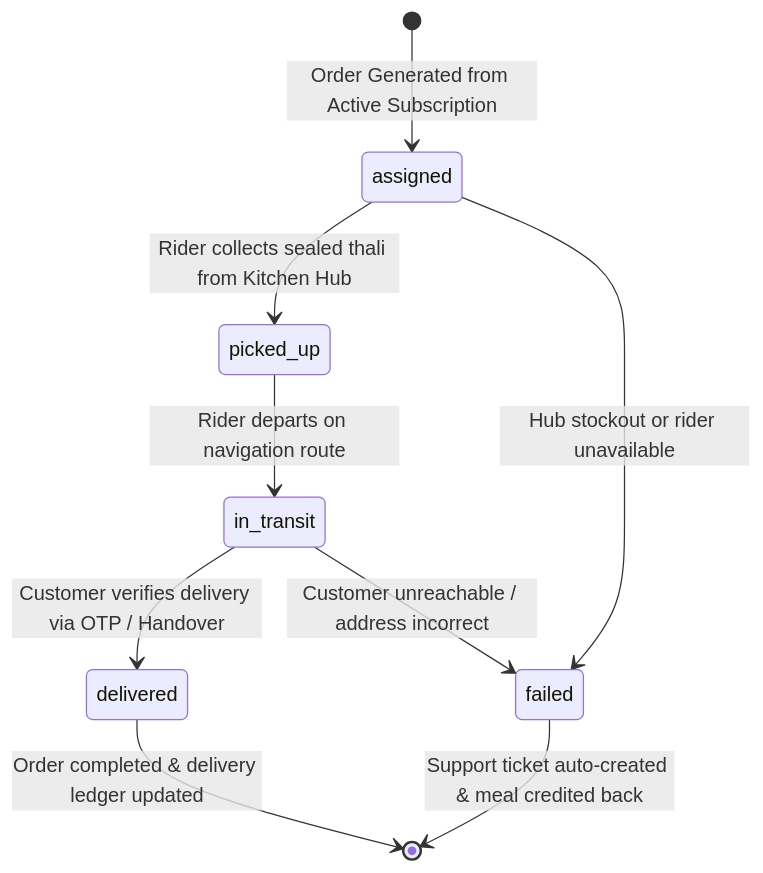
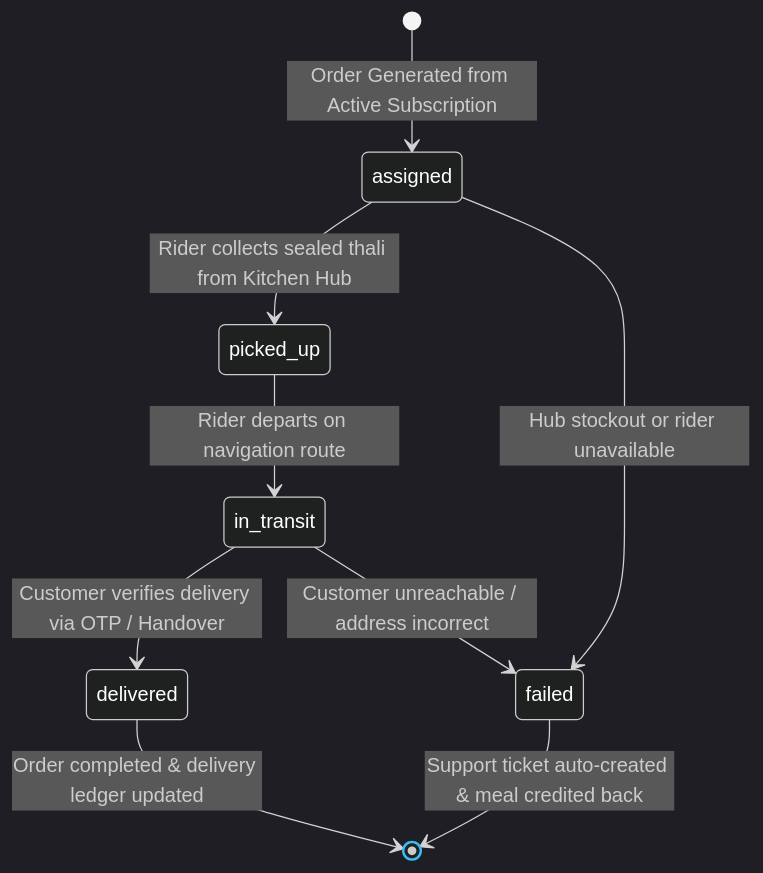
The second of 7 diagrams in README.md (Gaurav-Khaladkar/UrbanThali-Foods), drawn with Mermaid before and after one commit. The commit also changed other lines of this file and 4 other files, not shown here.

````diff
--- a/README.md
+++ b/README.md
@@ -280,11 +161,12 @@
 ```mermaid
+%%{init: {'theme': 'dark', 'themeVariables': { 'darkMode': true, 'background': '#090D16', 'primaryColor': '#00F59B', 'primaryTextColor': '#FFFFFF', 'primaryBorderColor': '#059669', 'lineColor': '#38BDF8' }}}%%
 stateDiagram-v2
     [*] --> assigned : Order Generated from Active Subscription
     assigned --> picked_up : Rider collects sealed thali from Kitchen Hub
     picked_up --> in_transit : Rider departs on navigation route
     in_transit --> delivered : Customer verifies delivery via OTP / Handover
     in_transit --> failed : Customer unreachable / address incorrect
     assigned --> failed : Hub stockout or rider unavailable
     delivered --> [*] : Order completed & delivery ledger updated
     failed --> [*] : Support ticket auto-created & meal credited back
 ```
````
